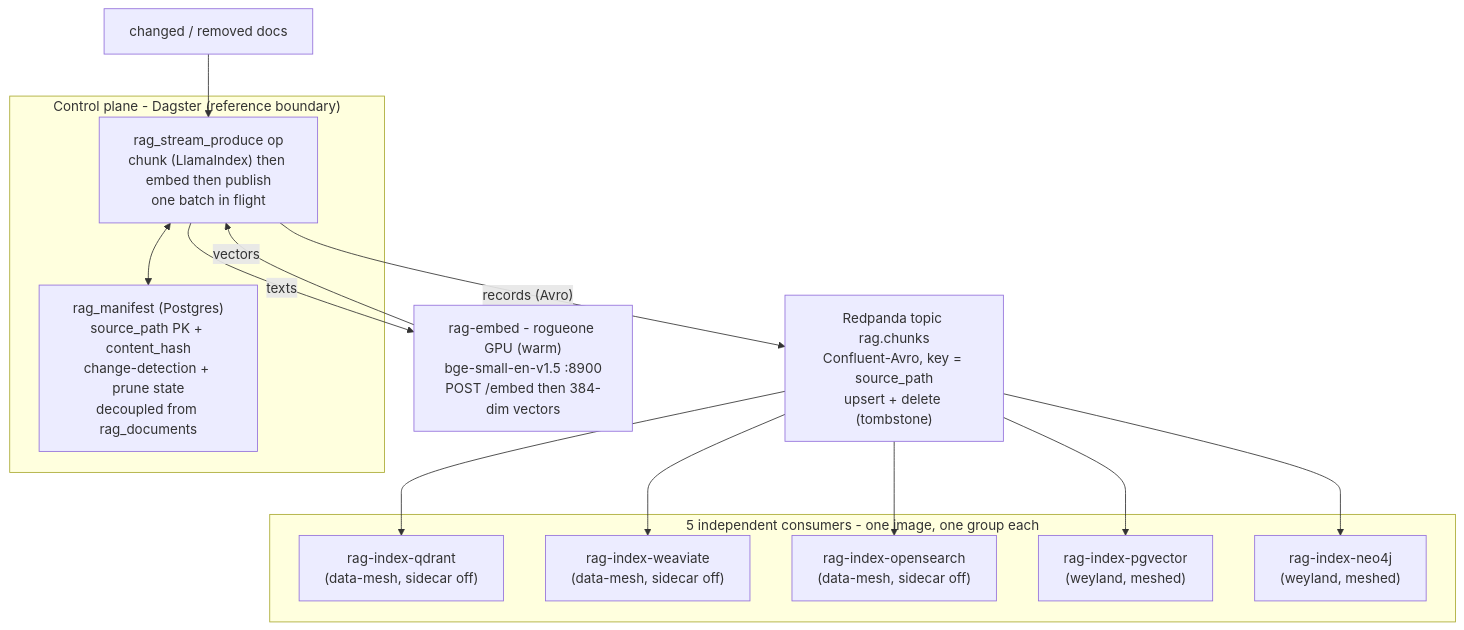
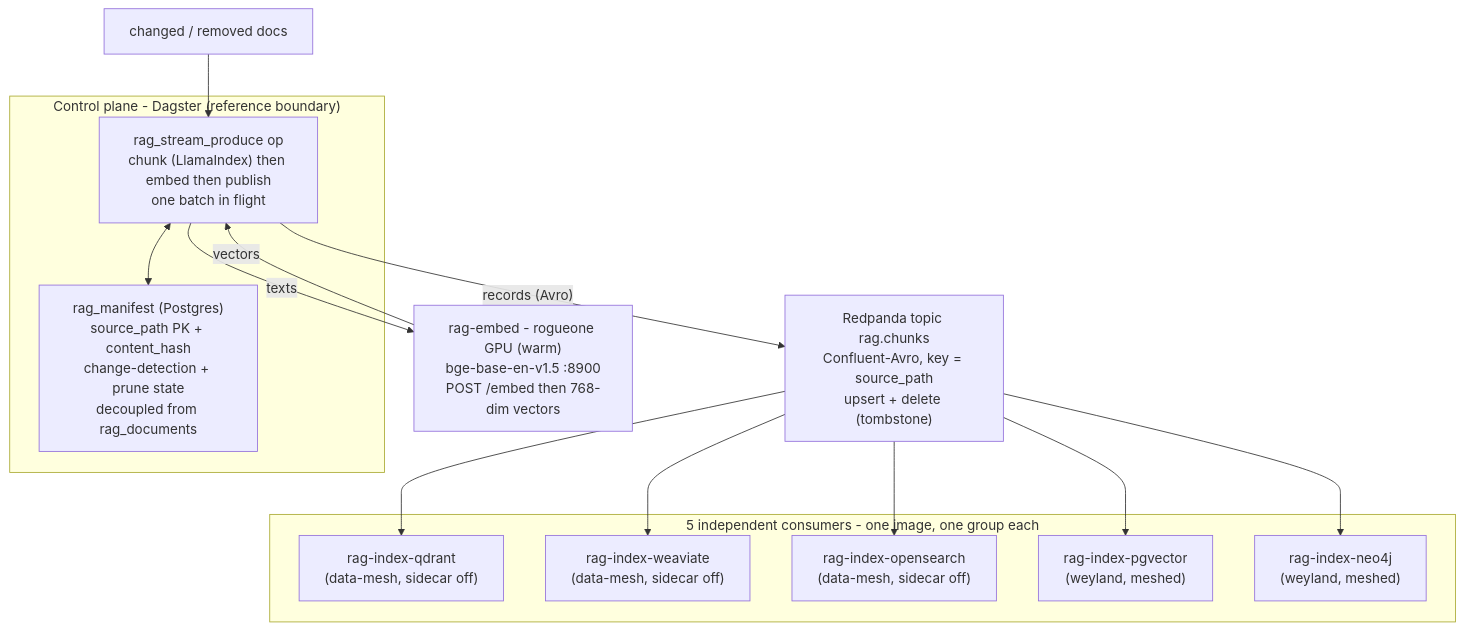
The third of 3 diagrams in docs/arch.md (edtbl76/weyland-lab), drawn with Mermaid before and after one commit. The commit also changed other lines of this file and 2 other files, not shown here.

Commit message:
Add detailed runbook for embedding model migration (384-dim to 768-dim) and align documentation (`arch.md`, `backlog.md`) with B74 completion.

````diff
--- a/docs/arch.md
+++ b/docs/arch.md
@@ -774,27 +774,27 @@
 ```mermaid
 flowchart TB
   CH["changed / removed docs"]
   subgraph CP["Control plane - Dagster (reference boundary)"]
     PROD["rag_stream_produce op\nchunk (LlamaIndex) then embed then publish\none batch in flight"]
     MAN["rag_manifest (Postgres)\nsource_path PK + content_hash\nchange-detection + prune state\ndecoupled from rag_documents"]
   end
-  EMB["rag-embed - rogueone GPU (warm)\nbge-small-en-v1.5 :8900\nPOST /embed then 384-dim vectors"]
+  EMB["rag-embed - rogueone GPU (warm)\nbge-base-en-v1.5 :8900\nPOST /embed then 768-dim vectors"]
   TOPIC["Redpanda topic rag.chunks\nConfluent-Avro, key = source_path\nupsert + delete (tombstone)"]
   subgraph CONS["5 independent consumers - one image, one group each"]
     Q["rag-index-qdrant\n(data-mesh, sidecar off)"]
     W["rag-index-weaviate\n(data-mesh, sidecar off)"]
     O["rag-index-opensearch\n(data-mesh, sidecar off)"]
     P["rag-index-pgvector\n(weyland, meshed)"]
     N["rag-index-neo4j\n(weyland, meshed)"]
   end
   CH --> PROD
   PROD <--> MAN
   PROD -->|texts| EMB
   EMB -->|vectors| PROD
   PROD -->|"records (Avro)"| TOPIC
   TOPIC --> Q
   TOPIC --> W
   TOPIC --> O
   TOPIC --> P
   TOPIC --> N
 ```
````
